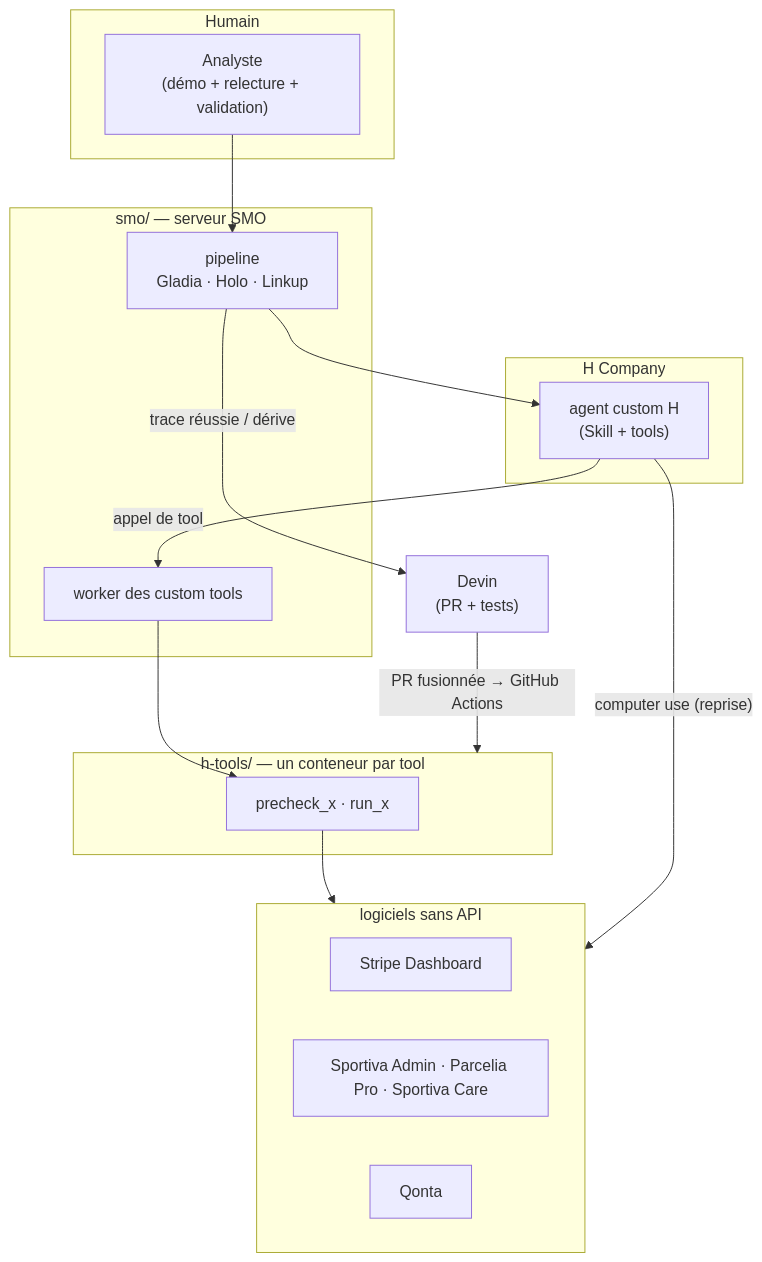
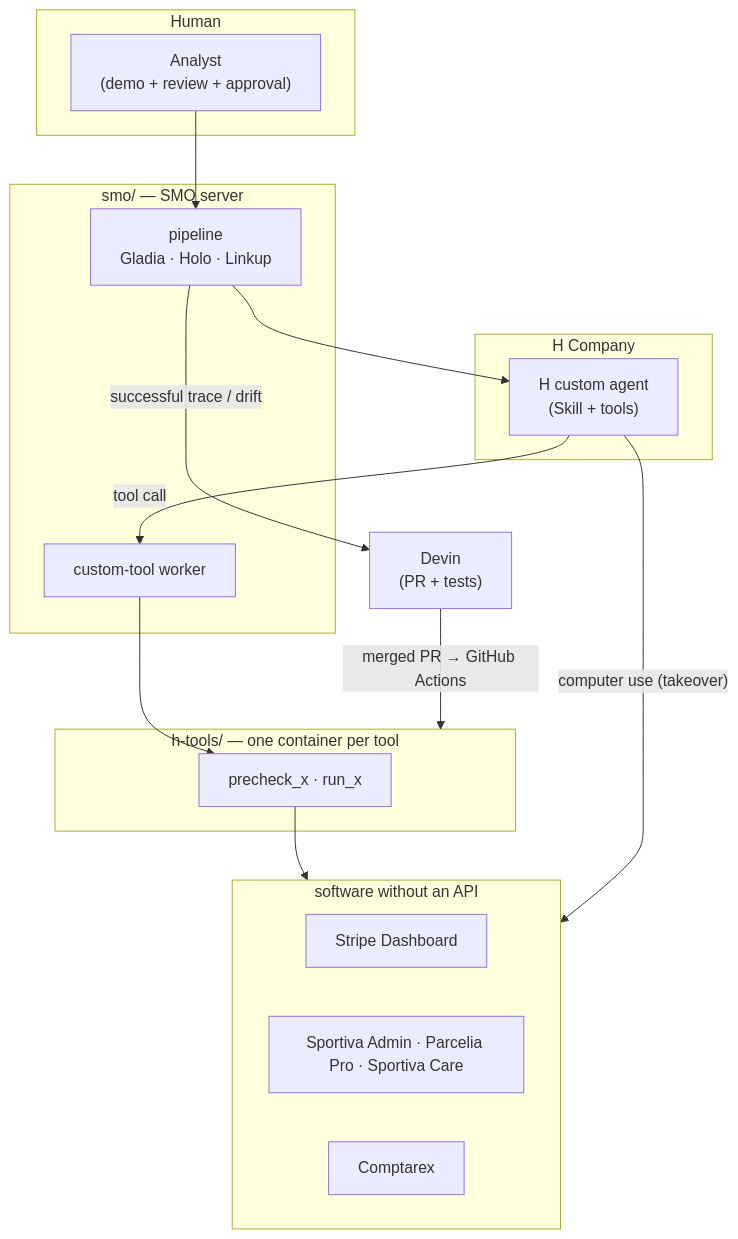
The second of 2 diagrams in README.md (h-hackathon/show-me-once-hackathon-h), drawn with Mermaid before and after one commit. The commit also changed other lines of this file, not shown here.

````diff
--- a/README.md
+++ b/README.md
@@ -100,26 +119,26 @@
 ```mermaid
 flowchart TB
-    subgraph Humain
-      U["Analyste<br/>(démo + relecture + validation)"]
+    subgraph Human
+      U["Analyst<br/>(demo + review + approval)"]
     end
-    subgraph SMO["smo/ — serveur SMO"]
+    subgraph SMO["smo/ — SMO server"]
       P["pipeline<br/>Gladia · Holo · Linkup"]
-      W["worker des custom tools"]
+      W["custom-tool worker"]
     end
     subgraph H["H Company"]
-      AG["agent custom H<br/>(Skill + tools)"]
+      AG["H custom agent<br/>(Skill + tools)"]
     end
-    subgraph T["h-tools/ — un conteneur par tool"]
+    subgraph T["h-tools/ — one container per tool"]
       TL["precheck_x · run_x"]
     end
     DV["Devin<br/>(PR + tests)"]
-    subgraph Cibles["logiciels sans API"]
+    subgraph Targets["software without an API"]
       ST["Stripe Dashboard"]
       SP["Sportiva Admin · Parcelia Pro · Sportiva Care"]
-      QO["Qonta"]
+      CX["Comptarex"]
     end
     U --> P --> AG
-    AG -- "appel de tool" --> W --> TL --> Cibles
-    AG -- "computer use (reprise)" --> Cibles
-    P -- "trace réussie / dérive" --> DV -- "PR fusionnée → GitHub Actions" --> T
+    AG -- "tool call" --> W --> TL --> Targets
+    AG -- "computer use (takeover)" --> Targets
+    P -- "successful trace / drift" --> DV -- "merged PR → GitHub Actions" --> T
 ```
````
